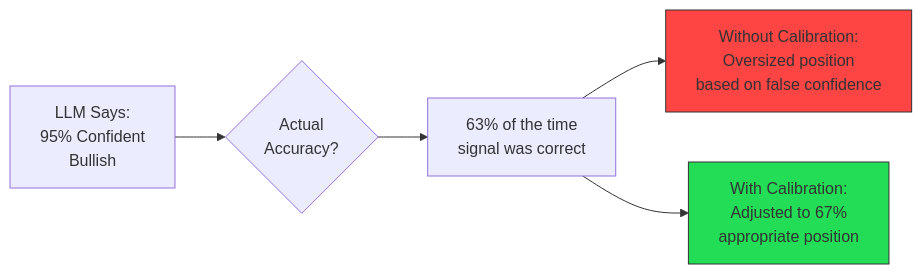
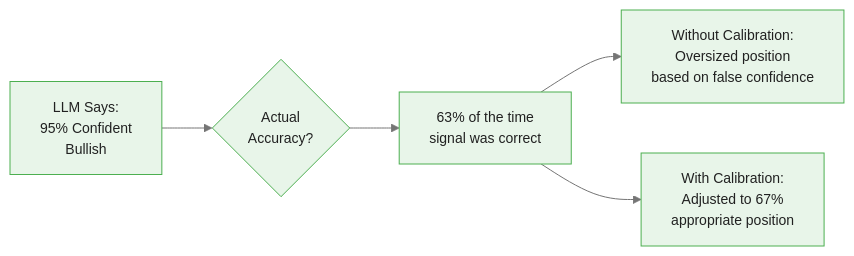
The first of 6 diagrams in courses/genai-commodities/modules/module_05_signals/guides/02_confidence_scoring_slides.md (m-deane/course-creator), drawn with Mermaid before and after one commit. The commit also changed other lines of this file and 84 other files, not shown here.

````diff
--- a/courses/genai-commodities/modules/module_05_signals/guides/02_confidence_scoring_slides.md
+++ b/courses/genai-commodities/modules/module_05_signals/guides/02_confidence_scoring_slides.md
@@ -24,11 +24,9 @@
 ```mermaid
+%%{init: {"theme": "base", "themeVariables": {"primaryColor": "#e8f5e9", "primaryBorderColor": "#4caf50", "primaryTextColor": "#212121", "secondaryColor": "#e3f2fd", "tertiaryColor": "#fff8e1", "lineColor": "#757575", "fontFamily": "Inter, sans-serif", "fontSize": "14px"}}}%%
 flowchart LR
     A[LLM Says:<br/>95% Confident<br/>Bullish] --> B{Actual<br/>Accuracy?}
     B --> C[63% of the time<br/>signal was correct]
 
     C --> D[Without Calibration:<br/>Oversized position<br/>based on false confidence]
     C --> E[With Calibration:<br/>Adjusted to 67%<br/>appropriate position]
-
-    style D fill:#f44,stroke:#333
-    style E fill:#2d5,stroke:#333
 ```
````
